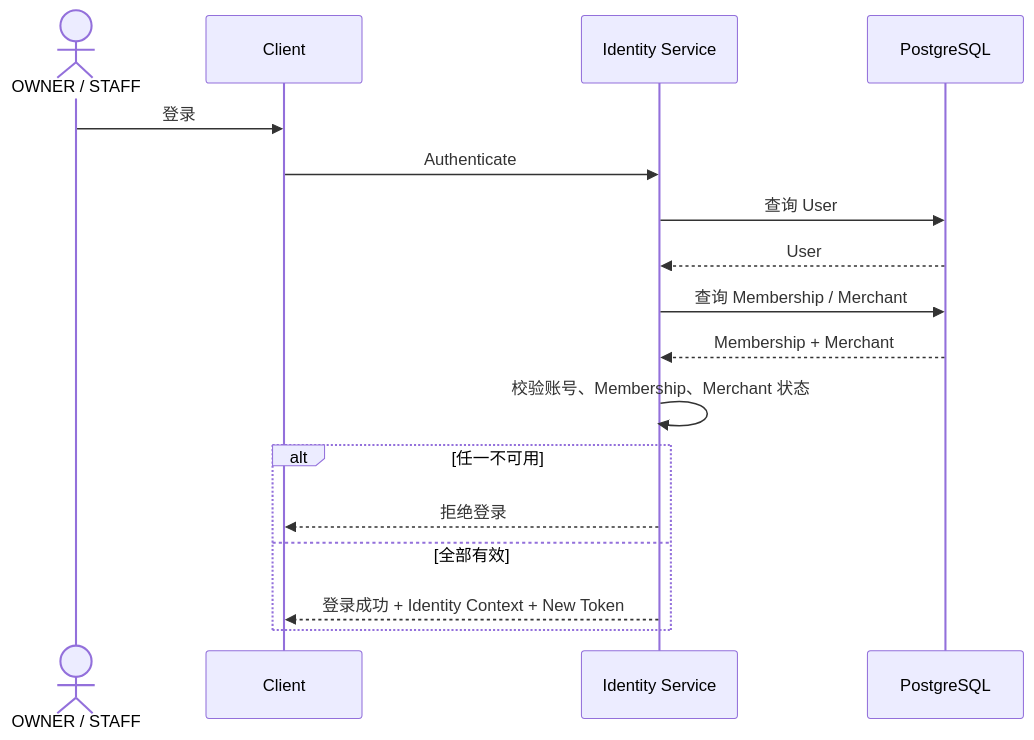
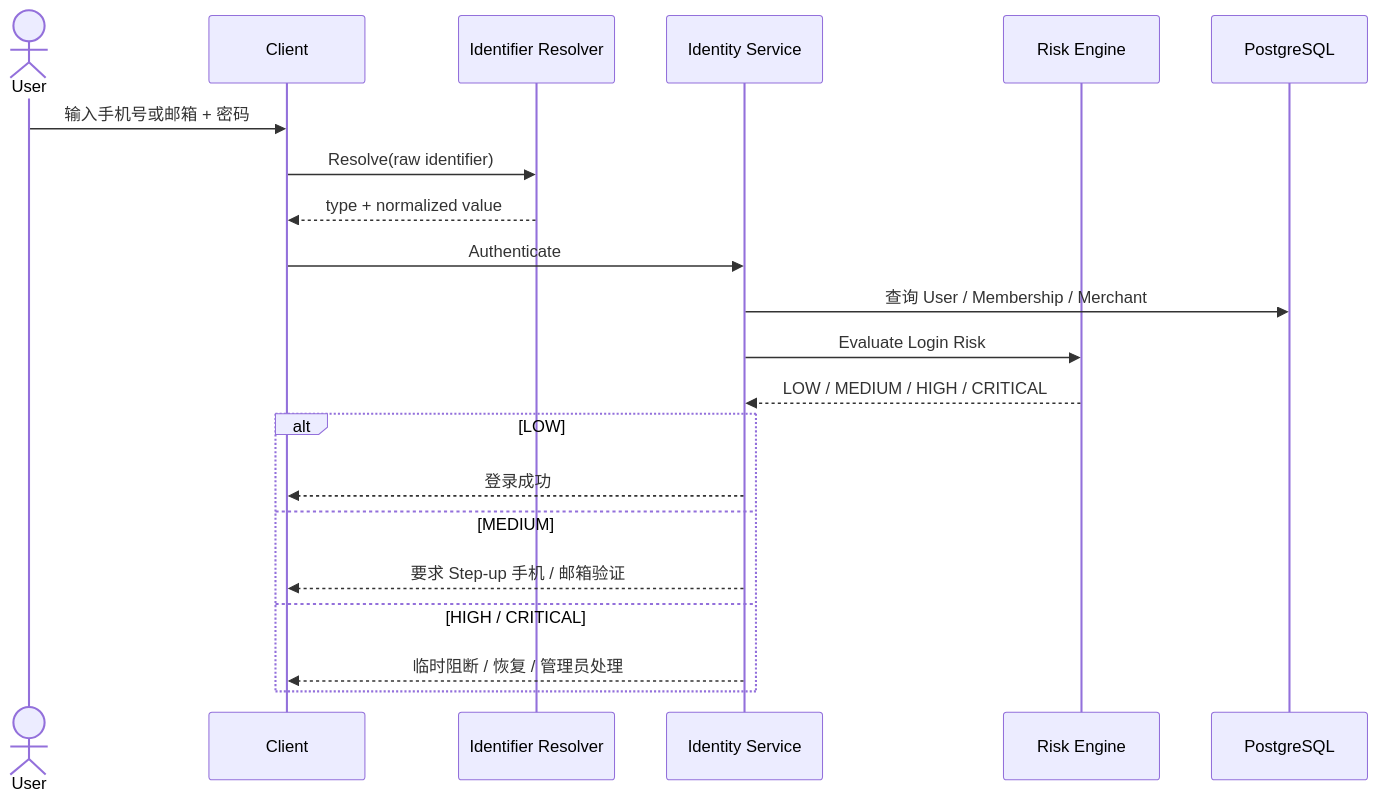
One commit to sxyq/mastergoods changed the first of 3 diagrams in docs/system-design/01-账户与身份/02-登录与会话.md. Above: the diagram before and after it, drawn with Mermaid. The commit also changed other lines of this file and 10 other files, not shown here.

````diff
--- a/docs/system-design/01-账户与身份/02-登录与会话.md
+++ b/docs/system-design/01-账户与身份/02-登录与会话.md
@@ -18,23 +16,25 @@
 ```mermaid
 sequenceDiagram
-    actor U as OWNER / STAFF
+    actor U as User
     participant C as Client
+    participant RES as Identifier Resolver
     participant IAM as Identity Service
+    participant RISK as Risk Engine
     participant DB as PostgreSQL
 
-    U->>C: 登录
+    U->>C: 输入手机号或邮箱 + 密码
+    C->>RES: Resolve(raw identifier)
+    RES-->>C: type + normalized value
     C->>IAM: Authenticate
-    IAM->>DB: 查询 User
-    DB-->>IAM: User
+    IAM->>DB: 查询 User / Membership / Merchant
+    IAM->>RISK: Evaluate Login Risk
+    RISK-->>IAM: LOW / MEDIUM / HIGH / CRITICAL
 
-    IAM->>DB: 查询 Membership / Merchant
-    DB-->>IAM: Membership + Merchant
-
-    IAM->>IAM: 校验账号、Membership、Merchant 状态
-
-    alt 任一不可用
-        IAM-->>C: 拒绝登录
-    else 全部有效
-        IAM-->>C: 登录成功 + Identity Context + New Token
+    alt LOW
+        IAM-->>C: 登录成功
+    else MEDIUM
+        IAM-->>C: 要求 Step-up 手机 / 邮箱验证
+    else HIGH / CRITICAL
+        IAM-->>C: 临时阻断 / 恢复 / 管理员处理
     end
 ```
````
